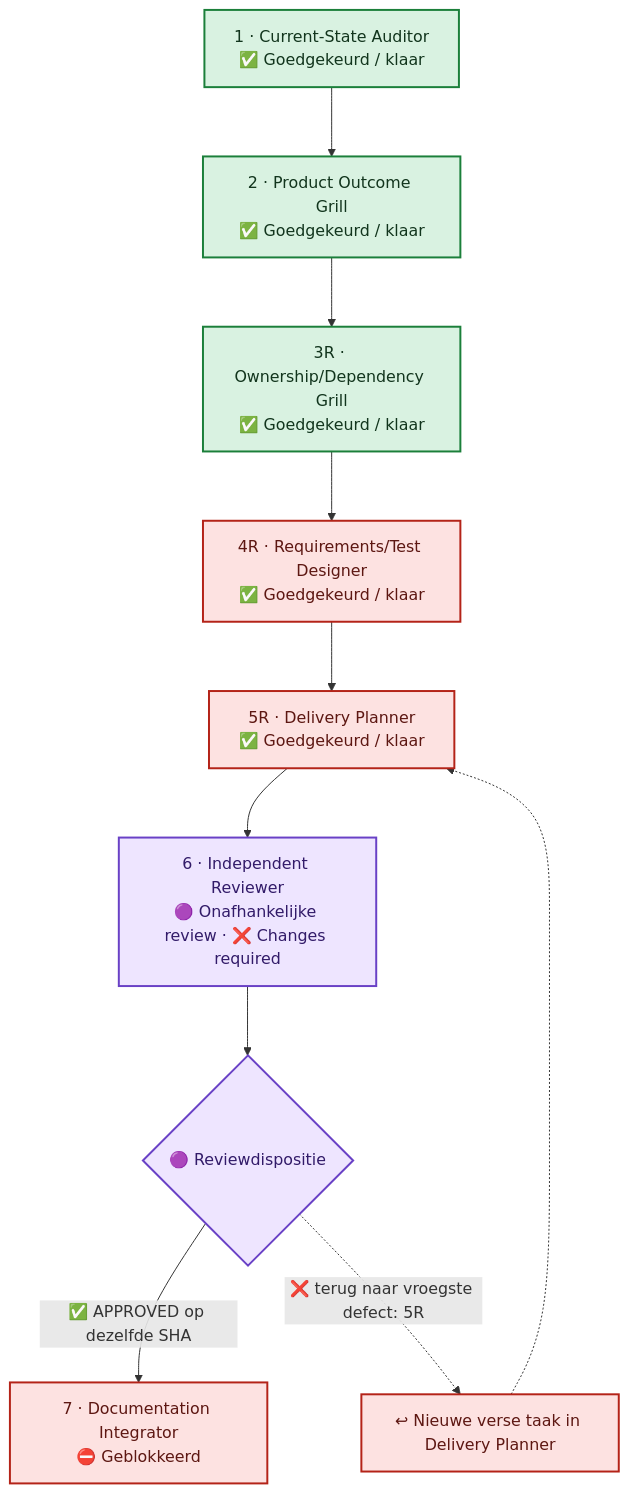
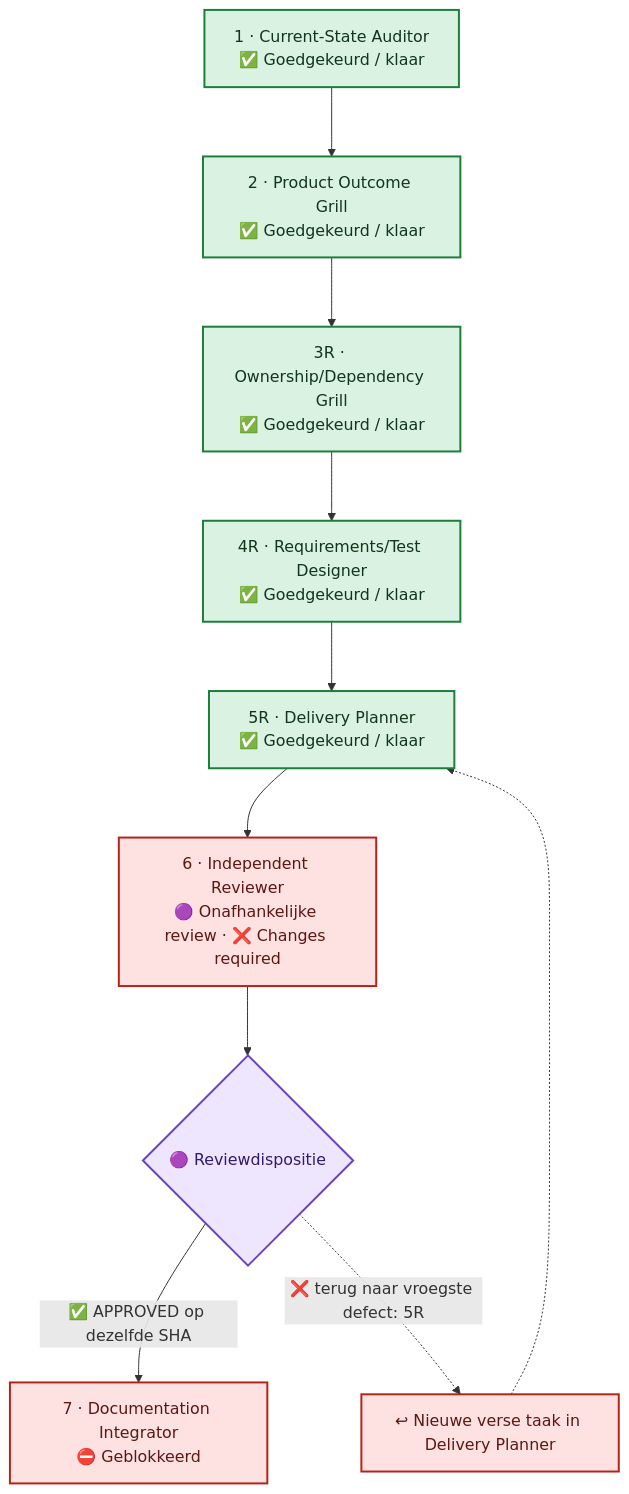
The diagram in flow.mmd (Jandesch91/n1-bioforge-requirements-cockpit), drawn with Mermaid before and after one commit. The commit also changed 4 other files, not shown here.

```diff
--- a/flow.mmd
+++ b/flow.mmd
@@ -1,24 +1,32 @@
 %%{init: {"flowchart": {"curve": "basis", "nodeSpacing": 60, "rankSpacing": 70, "htmlLabels": true}}}%%
 flowchart TB
     %% A vertical main lane prevents crossing arrows. The review return uses one side lane.
     phase_1["1 · Current-State Auditor<br/>✅ Goedgekeurd / klaar"]
     phase_2["2 · Product Outcome Grill<br/>✅ Goedgekeurd / klaar"]
     phase_3r["3R · Ownership/Dependency Grill<br/>✅ Goedgekeurd / klaar"]
     phase_4r["4R · Requirements/Test Designer<br/>✅ Goedgekeurd / klaar"]
     phase_5r["5R · Delivery Planner<br/>✅ Goedgekeurd / klaar"]
     phase_6["6 · Independent Reviewer<br/>🟣 Onafhankelijke review · ❌ Changes required"]
     phase_7["7 · Documentation Integrator<br/>⛔ Geblokkeerd"]
     phase_1 --> phase_2 --> phase_3r --> phase_4r --> phase_5r --> phase_6
     review_decision{"🟣 Reviewdispositie"}
     phase_6 --> review_decision
     review_decision -->|"✅ APPROVED op dezelfde SHA"| phase_7
     review_decision -.->|"❌ terug naar vroegste defect: 5R"| return_lane["↩ Nieuwe verse taak in Delivery Planner"]
     return_lane -.-> phase_5r
     classDef approved fill:#D9F2E1,stroke:#1B7F3A,color:#12351D,stroke-width:2px
+    classDef inprogress fill:#DCEBFF,stroke:#2463A6,color:#12304F,stroke-width:2px
+    classDef human fill:#FFF2BF,stroke:#A66B00,color:#4D3300,stroke-width:2px
     classDef changes fill:#FDE2E1,stroke:#B42318,color:#5D1712,stroke-width:2px
     classDef blocked fill:#FDE2E1,stroke:#B42318,color:#5D1712,stroke-width:2px
+    classDef notstarted fill:#F2F4F7,stroke:#667085,color:#344054,stroke-width:2px
     classDef review fill:#EEE5FF,stroke:#6941C6,color:#321B69,stroke-width:2px
-    class phase_1,phase_2,phase_3r approved
-    class phase_4r changes
-    class phase_5r,phase_7,return_lane blocked
-    class phase_6,review_decision review
+    class phase_1 approved
+    class phase_2 approved
+    class phase_3r approved
+    class phase_4r approved
+    class phase_5r approved
+    class phase_6 changes
+    class phase_7 blocked
+    class return_lane blocked
+    class review_decision review
```
